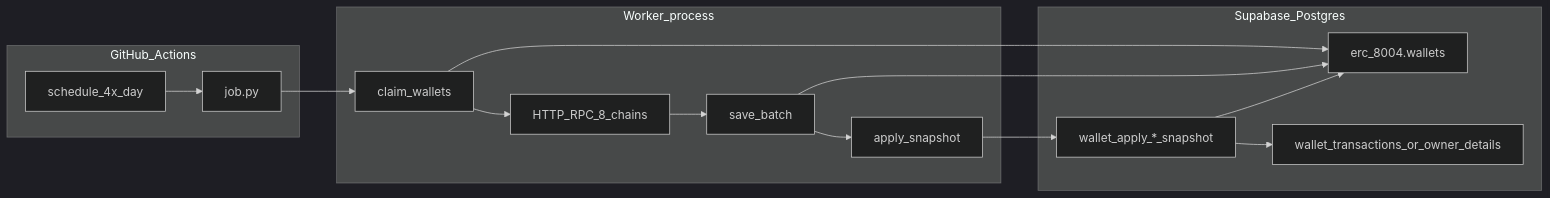
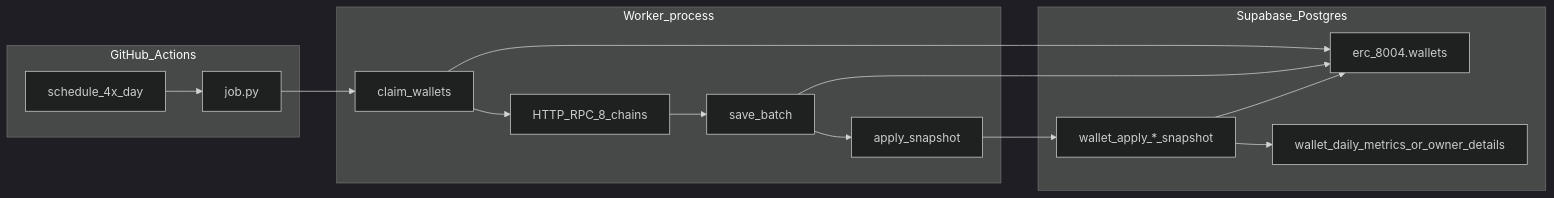
One commit to GlobalScoreAgent/gsa-workers changed the first of 6 diagrams in docs/ARCHITECTURE.md. Above: the diagram before and after it, drawn with Mermaid (dark theme). The commit also changed other lines of this file and 13 other files, not shown here.

````diff
--- a/docs/ARCHITECTURE.md
+++ b/docs/ARCHITECTURE.md
@@ -7,28 +7,28 @@
 ```mermaid
 flowchart LR
   subgraph gha [GitHub_Actions]
     cron[schedule_4x_day]
     job[job.py]
   end
   subgraph worker [Worker_process]
     claim[claim_wallets]
     rpc[HTTP_RPC_8_chains]
     save[save_batch]
     snap[apply_snapshot]
   end
   subgraph db [Supabase_Postgres]
     wallets[erc_8004.wallets]
     rpcFn["wallet_apply_*_snapshot"]
-    details[wallet_transactions_or_owner_details]
+    details[wallet_daily_metrics_or_owner_details]
   end
   cron --> job
   job --> claim
   claim --> wallets
   claim --> rpc
   rpc --> save
   save --> wallets
   save --> snap
   snap --> rpcFn
   rpcFn --> details
   rpcFn --> wallets
 ```
````
